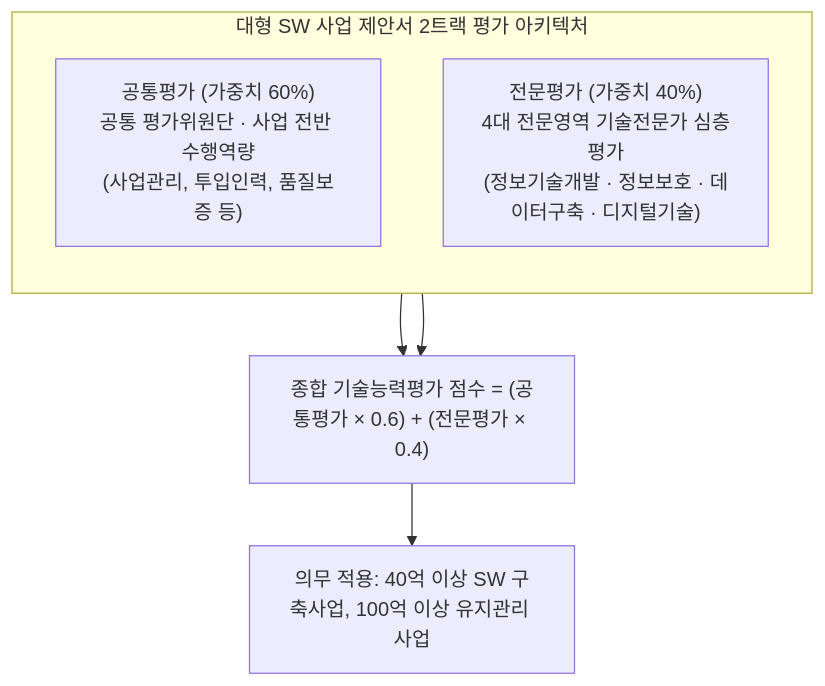
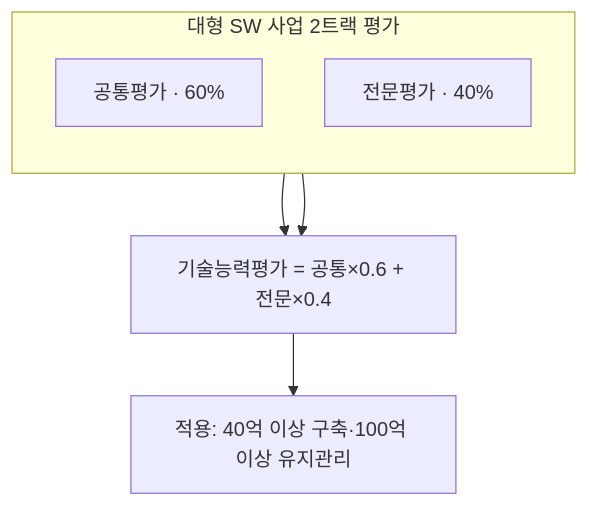
Before and after one commit to agnusdei1207/study: the third of 3 diagrams in src/content/docs/notes/itpe/01-it-strategy/066_negotiated_contract_proposal_evaluation.md, drawn with Mermaid. The commit also changed other lines of this file and 19 other files, not shown here.

````diff
--- a/src/content/docs/notes/itpe/01-it-strategy/066_negotiated_contract_proposal_evaluation.md
+++ b/src/content/docs/notes/itpe/01-it-strategy/066_negotiated_contract_proposal_evaluation.md
@@ -147,12 +134,12 @@
 ```mermaid
 flowchart TD
-    subgraph EVAL["대형 SW 사업 제안서 2트랙 평가 아키텍처"]
+    subgraph EVAL["대형 SW 사업 2트랙 평가"]
         direction TB
-        C["공통평가 (가중치 60%)<br/>공통 평가위원단 · 사업 전반 수행역량<br/>(사업관리, 투입인력, 품질보증 등)"]
-        E["전문평가 (가중치 40%)<br/>4대 전문영역 기술전문가 심층평가<br/>(정보기술개발 · 정보보호 · 데이터구축 · 디지털기술)"]
+        C["공통평가 · 60%"]
+        E["전문평가 · 40%"]
     end
 
-    C --> TOTAL["종합 기술능력평가 점수 = (공통평가 × 0.6) + (전문평가 × 0.4)"]
+    C --> TOTAL["기술능력평가 = 공통×0.6 + 전문×0.4"]
     E --> TOTAL
-    TOTAL --> APPL["의무 적용: 40억 이상 SW 구축사업, 100억 이상 유지관리 사업"]
+    TOTAL --> APPL["적용: 40억 이상 구축·100억 이상 유지관리"]
 ```
````
